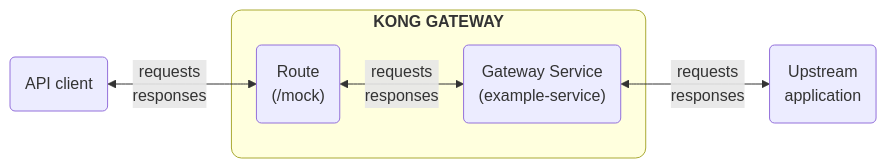
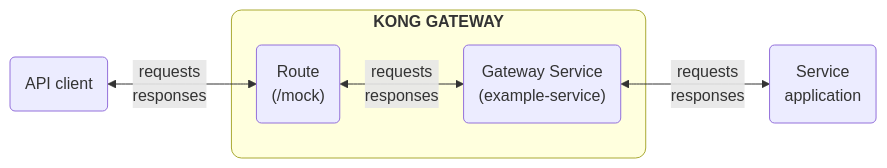
One commit to Kong/developer.konghq.com changed the diagram in app/_gateway_entities/service.md. Above: the diagram before and after it, drawn with Mermaid. The commit also changed other lines of this file and 1 other file, not shown here.

```diff
--- a/app/_gateway_entities/service.md
+++ b/app/_gateway_entities/service.md
@@ -48,23 +52,23 @@
 {% mermaid %}
 flowchart LR
   A(API client)
   B("`Route 
   (/mock)`")
   C("`Gateway Service
   (example-service)`")
-  D(Upstream 
+  D(Service 
   application)
   
   A <--requests
   responses--> B
   subgraph id1 ["`
   **KONG GATEWAY**`"]
     B <--requests
     responses--> C
   end
   C <--requests
   responses--> D
 
   style id1 rx:10,ry:10
   
 {% endmermaid %}
```
